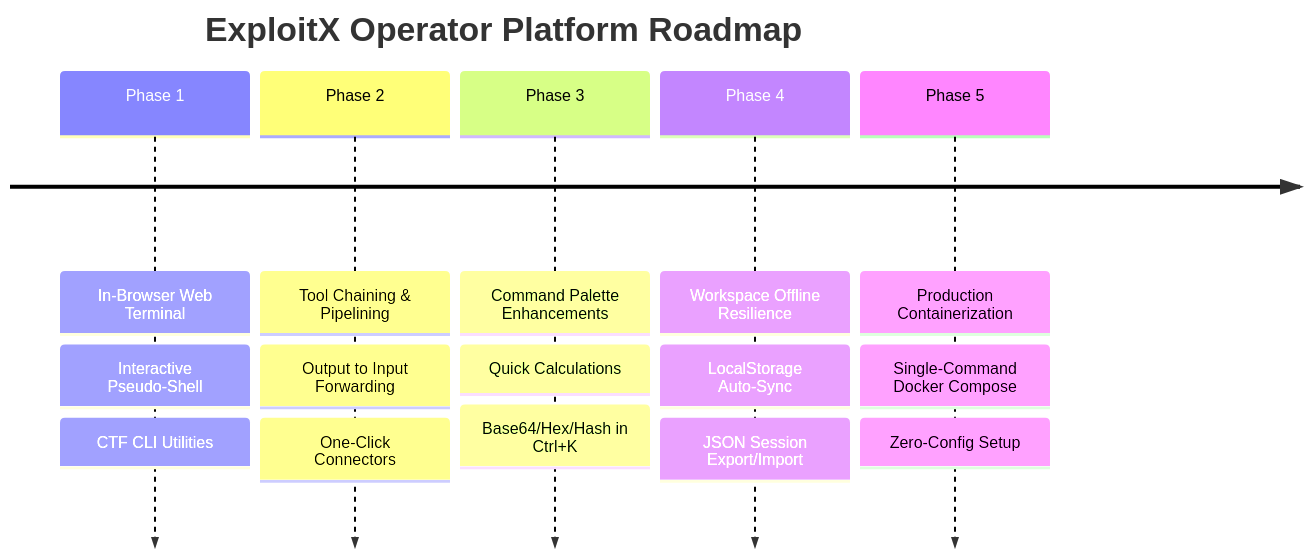
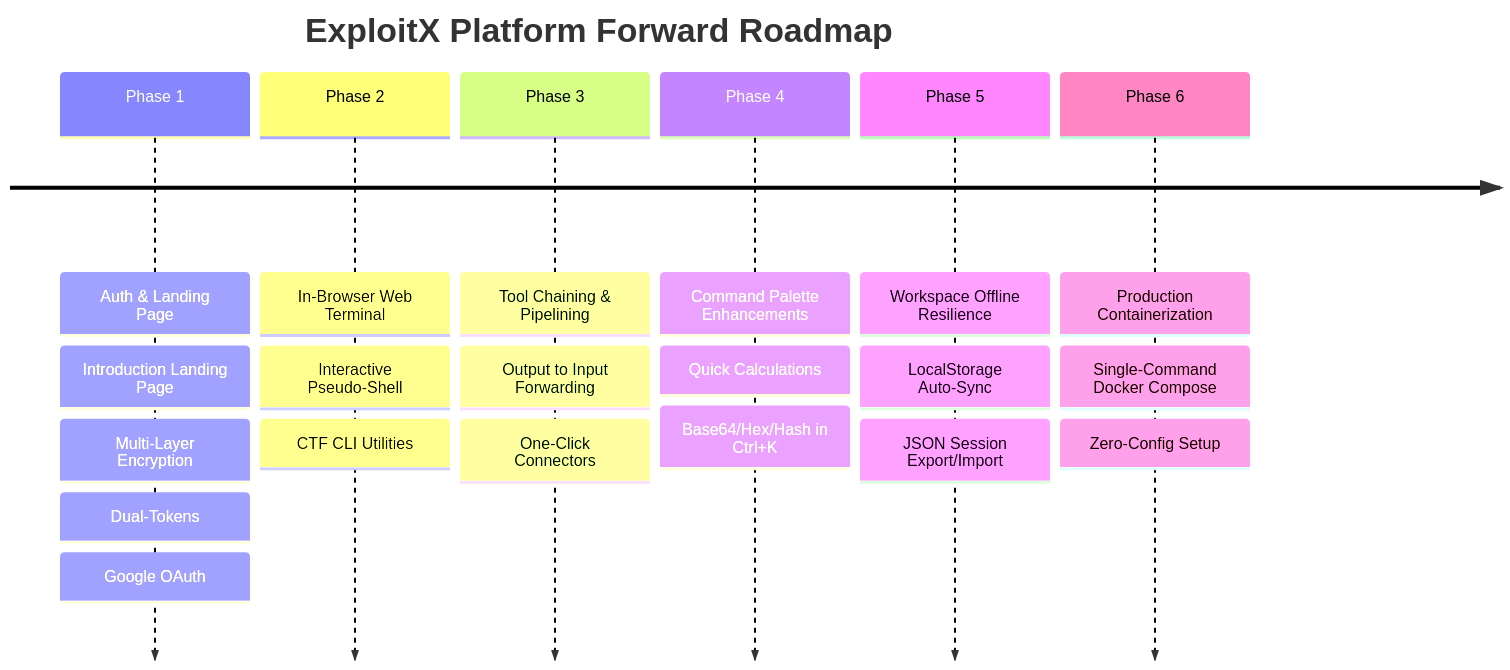
One commit to ExploitX-CTF/ctf_be changed the diagram in ROADMAP.md. Above: the diagram before and after it, drawn with Mermaid. The commit also changed other lines of this file, not shown here.

Commit message:
docs: add Phase 1 Authentication, Multi-Layer Encryption, Google OAuth & Landing Page to roadmap

````diff
--- a/ROADMAP.md
+++ b/ROADMAP.md
@@ -108,9 +108,10 @@
 ```mermaid
 timeline
-    title ExploitX Operator Platform Roadmap
-    Phase 1 : In-Browser Web Terminal : Interactive Pseudo-Shell : CTF CLI Utilities
-    Phase 2 : Tool Chaining & Pipelining : Output to Input Forwarding : One-Click Connectors
-    Phase 3 : Command Palette Enhancements : Quick Calculations : Base64/Hex/Hash in Ctrl+K
-    Phase 4 : Workspace Offline Resilience : LocalStorage Auto-Sync : JSON Session Export/Import
-    Phase 5 : Production Containerization : Single-Command Docker Compose : Zero-Config Setup
+    title ExploitX Platform Forward Roadmap
+    Phase 1 : Auth & Landing Page : Introduction Landing Page : Multi-Layer Encryption : Dual-Tokens : Google OAuth
+    Phase 2 : In-Browser Web Terminal : Interactive Pseudo-Shell : CTF CLI Utilities
+    Phase 3 : Tool Chaining & Pipelining : Output to Input Forwarding : One-Click Connectors
+    Phase 4 : Command Palette Enhancements : Quick Calculations : Base64/Hex/Hash in Ctrl+K
+    Phase 5 : Workspace Offline Resilience : LocalStorage Auto-Sync : JSON Session Export/Import
+    Phase 6 : Production Containerization : Single-Command Docker Compose : Zero-Config Setup
 ```
````
